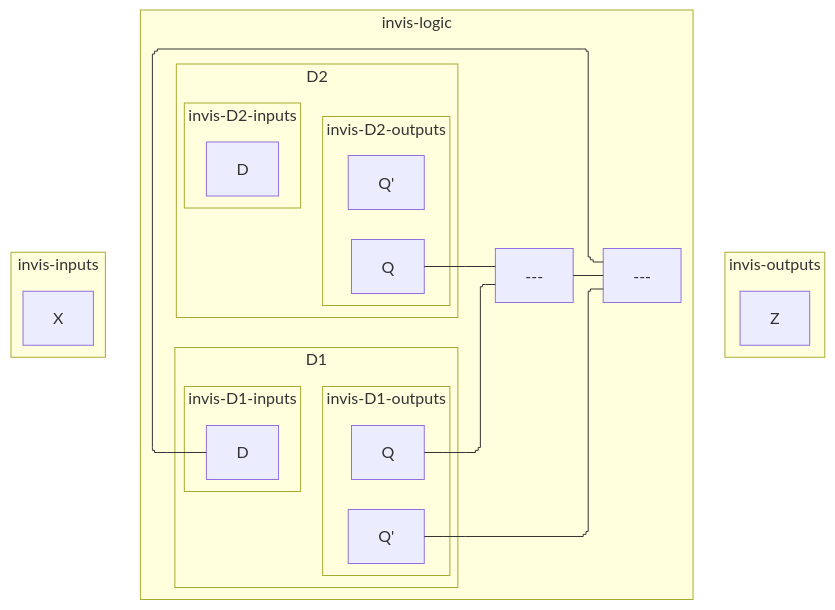
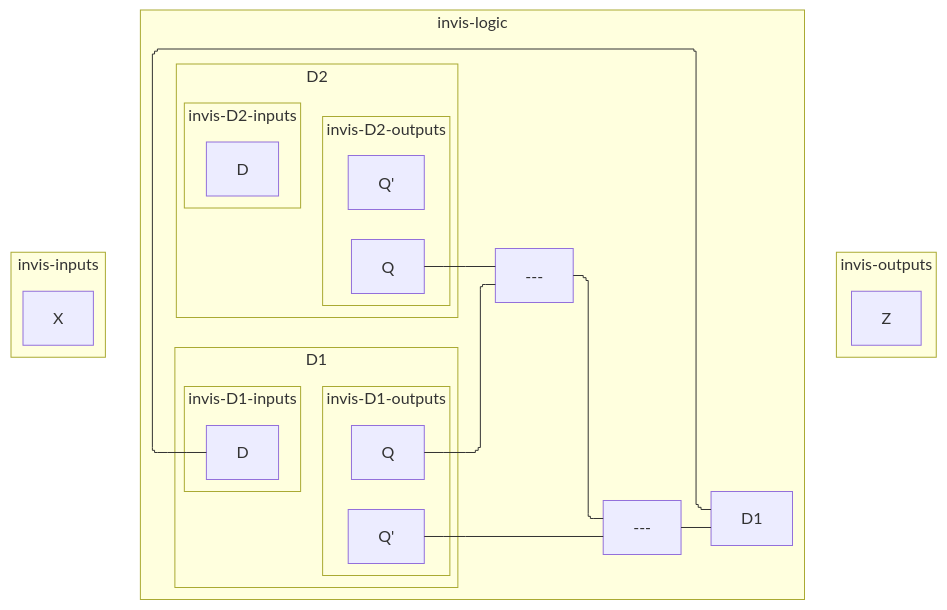
One commit to tnichols217/notes changed the third of 3 diagrams in CSDS 281 - Logic Design/HW/8/Tables.md. Above: the diagram before and after it, drawn with Mermaid.

Commit message:
vault backup: 2024-04-03 23:13:54

````diff
--- a/CSDS 281 - Logic Design/HW/8/Tables.md
+++ b/CSDS 281 - Logic Design/HW/8/Tables.md
@@ -63,36 +63,37 @@
 ```mermaid
 %%{ init: { 'flowchart': { 'curve': 'stepBefore', "defaultRenderer": "elk" } } }%%
 flowchart LR
 subgraph invis-inputs
 	X
 end
 subgraph invis-logic
 	subgraph D1
 		subgraph invis-D1-inputs
 			D1i[D]
 		end
 		subgraph invis-D1-outputs
 			Q1[Q]
 			Q1P[Q']
 		end
 		invis-D1-inputs ~~~ invis-D1-outputs
 	end
 	subgraph D2
 		subgraph invis-D2-inputs
 			D2i[D]
 		end
 		subgraph invis-D2-outputs
 			Q2[Q]
 			Q2P[Q']
 		end
 		invis-D2-inputs ~~~ invis-D2-outputs
 	end
 	Q1 & Q2 --- and1[---]
 	Q1P & and1 --- or1[---]
-	or1 --- D1i
+	or1 --- D1ii[D1]
+	D1ii --- D1i
 end
 subgraph invis-outputs
 	Z
 end
 invis-inputs ~~~ invis-logic ~~~ invis-outputs
 ```
````
